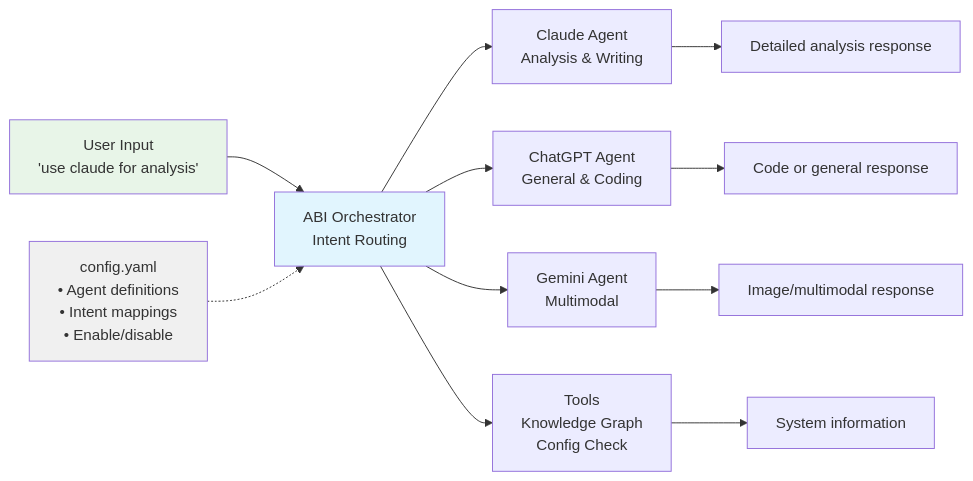
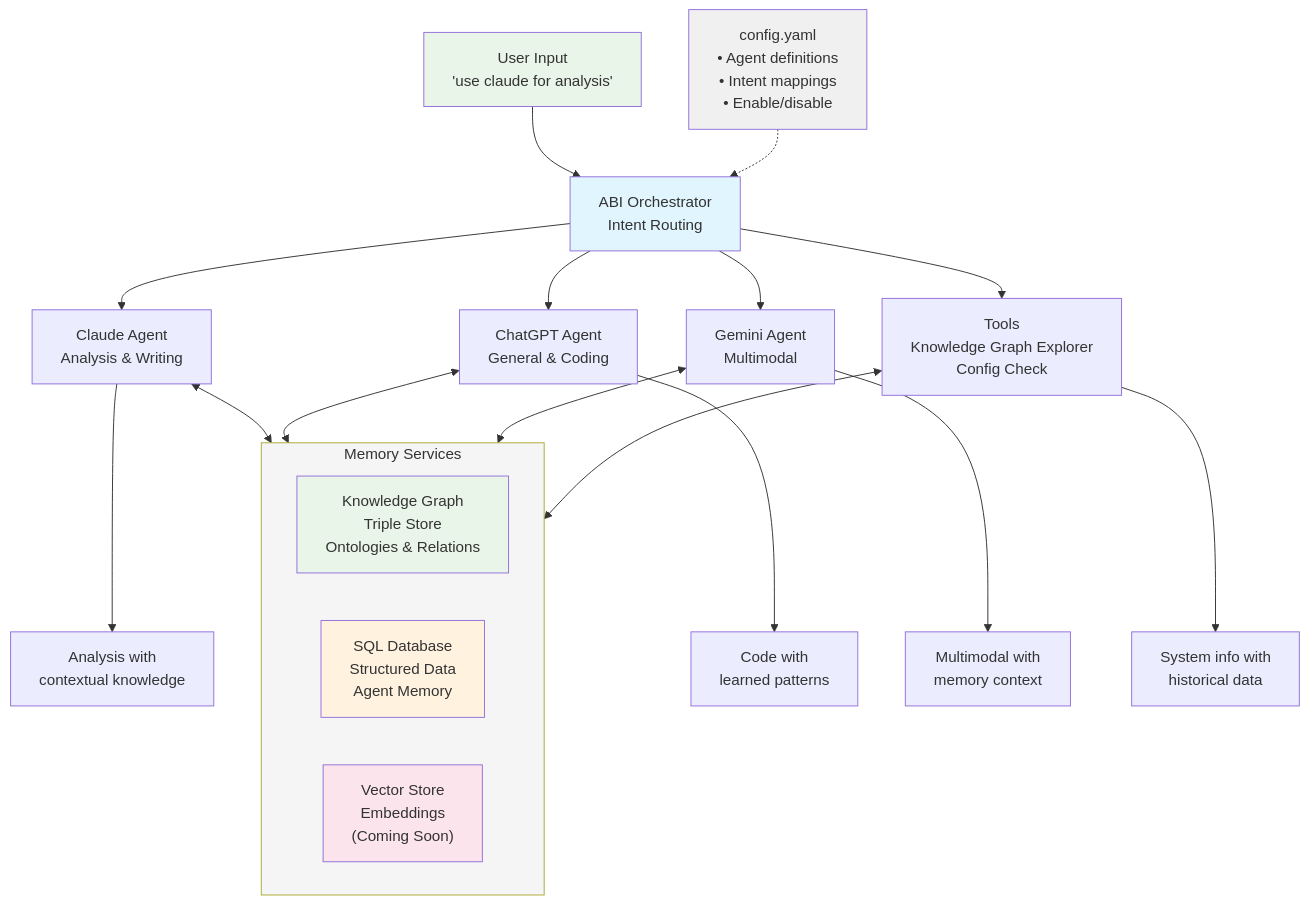
The diagram in docs/installation.md (jupyter-naas/abi), drawn with Mermaid before and after one commit. The commit also changed other lines of this file, not shown here.

Commit message:
docs: enhance diagram with complete memory services architecture
ENHANCED ARCHITECTURE DIAGRAM:
- Added Memory Services subgraph showing complete memory stack
- Knowledge Graph: Triple store with ontologies and relations
- SQL Database: Structured data and agent memory
- Vector Store: Embeddings (coming soon)

IMPROVED VISUALIZATION:
- Shows bidirectional communication between agents and memory
- Demonstrates how agents access contextual knowledge
- Highlights responses enriched with memory context
- Color-coded memory services for clarity

KEY BENEFITS UPDATED:
- Added 'Complete Memory' as key benefit
- Emphasized knowledge graphs, SQL, and vector storage
- Updated architecture explanation to include memory services

DIAGRAM IMPROVEMENTS:
- Changed to top-bottom layout for better readability
- Memory services as central shared resource
- Shows how memory enhances agent responses
- Clear separation of concerns

This provides a complete view of ABI's memory-enhanced
multi-agent architecture.

````diff
--- a/docs/installation.md
+++ b/docs/installation.md
@@ -190,20 +191,35 @@
 ```mermaid
-graph LR
+graph TB
     User["User Input<br/>'use claude for analysis'"] --> ABI["ABI Orchestrator<br/>Intent Routing"]
     
     ABI --> Claude["Claude Agent<br/>Analysis & Writing"]
     ABI --> ChatGPT["ChatGPT Agent<br/>General & Coding"]
     ABI --> Gemini["Gemini Agent<br/>Multimodal"]
-    ABI --> Tools["Tools<br/>Knowledge Graph<br/>Config Check"]
+    ABI --> Tools["Tools<br/>Knowledge Graph Explorer<br/>Config Check"]
     
     Config["config.yaml<br/>• Agent definitions<br/>• Intent mappings<br/>• Enable/disable"] -.-> ABI
     
-    Claude --> Response1["Detailed analysis response"]
-    ChatGPT --> Response2["Code or general response"]
-    Gemini --> Response3["Image/multimodal response"]
-    Tools --> Response4["System information"]
+    subgraph Memory["Memory Services"]
+        KG["Knowledge Graph<br/>Triple Store<br/>Ontologies & Relations"]
+        SQL["SQL Database<br/>Structured Data<br/>Agent Memory"]
+        Vector["Vector Store<br/>Embeddings<br/>(Coming Soon)"]
+    end
+    
+    Claude <--> Memory
+    ChatGPT <--> Memory
+    Gemini <--> Memory
+    Tools <--> Memory
+    
+    Claude --> Response1["Analysis with<br/>contextual knowledge"]
+    ChatGPT --> Response2["Code with<br/>learned patterns"]
+    Gemini --> Response3["Multimodal with<br/>memory context"]
+    Tools --> Response4["System info with<br/>historical data"]
     
     style ABI fill:#e1f5fe
     style Config fill:#f0f0f0
     style User fill:#e8f5e8
+    style Memory fill:#f5f5f5
+    style KG fill:#e8f5e8
+    style SQL fill:#fff3e0
+    style Vector fill:#fce4ec
 ```
````
